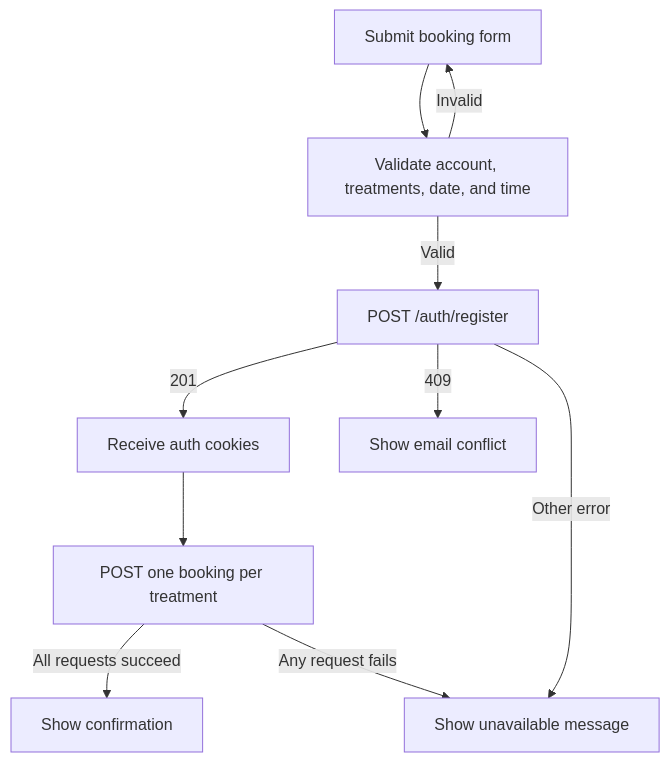
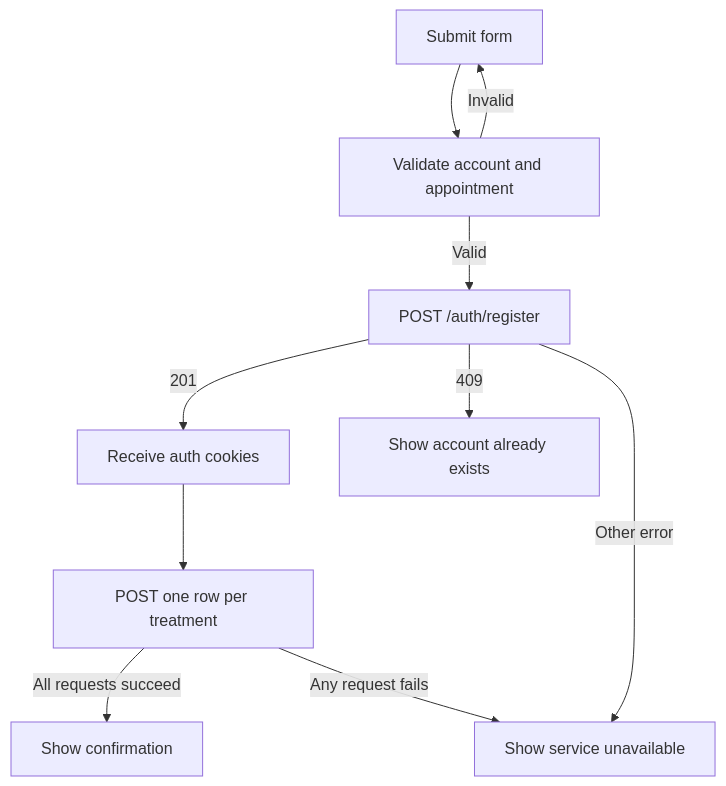
Before and after one commit to yassineao/poetsanders: the tenth of 17 diagrams in README.md, drawn with Mermaid. The commit also changed other lines of this file, not shown here.

````diff
--- a/README.md
+++ b/README.md
@@ -539,21 +682,20 @@
 ```mermaid
 flowchart TD
-    Submit[Submit booking form]
-    Validate[Validate account, treatments, date, and time]
+    Submit[Submit form]
+    Validate[Validate account and appointment]
     Register[POST /auth/register]
     Cookies[Receive auth cookies]
-    Book[POST one booking per treatment]
+    Book[POST one row per treatment]
     Success[Show confirmation]
-    Conflict[Show email conflict]
-    Failure[Show unavailable message]
+    Conflict[Show account already exists]
+    Error[Show service unavailable]
 
     Submit --> Validate
     Validate -->|Invalid| Submit
     Validate -->|Valid| Register
-    Register -->|201| Cookies
+    Register -->|201| Cookies --> Book
     Register -->|409| Conflict
-    Register -->|Other error| Failure
-    Cookies --> Book
+    Register -->|Other error| Error
     Book -->|All requests succeed| Success
-    Book -->|Any request fails| Failure
+    Book -->|Any request fails| Error
 ```
````
